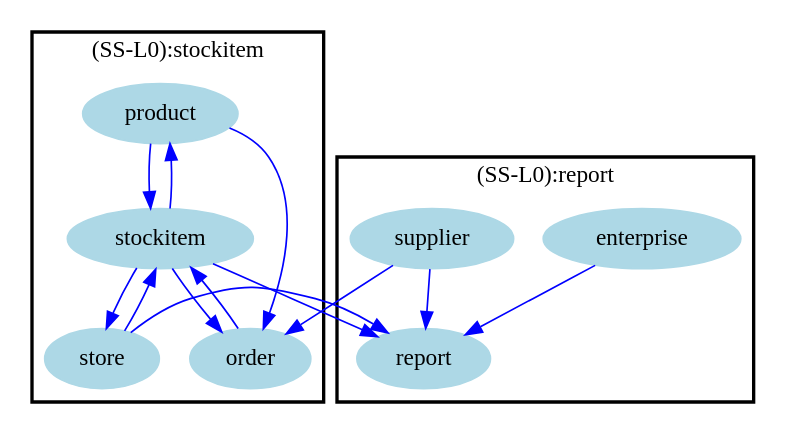
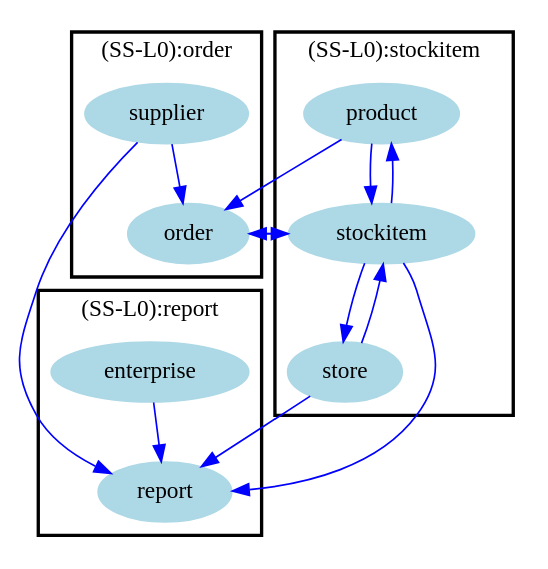
Before and after one commit to Benkler/BA: the diagram in Graph/DatenGraphActual.txt.dot, drawn with Graphviz. The commit also changed 8 other files, not shown here.

Commit message:
Bunch diagrams added

```diff
--- a/Graph/DatenGraphActual.txt.dot
+++ b/Graph/DatenGraphActual.txt.dot
@@ -1,40 +1,46 @@
 /* ------------------------------------------------------------ */
 /* created with bunch v3 */
-/* Objective Function value = 1.3949579831932772*/
+/* Objective Function value = 1.0*/
 /* ------------------------------------------------------------ */
 
 digraph G {
 size= "10,10";
 rotate = 0;
 subgraph cluster0 {
-label = "(SS-L0):stockitem";
+label = "(SS-L0):order";
 color = black;
 style = bold;
 
-"product"[label="product",shape=ellipse,color=lightblue,fontcolor=black,style=filled];
-"stockitem"[label="stockitem",shape=ellipse,color=lightblue,fontcolor=black,style=filled];
-"store"[label="store",shape=ellipse,color=lightblue,fontcolor=black,style=filled];
+"supplier"[label="supplier",shape=ellipse,color=lightblue,fontcolor=black,style=filled];
 "order"[label="order",shape=ellipse,color=lightblue,fontcolor=black,style=filled];
 }
 subgraph cluster1 {
 label = "(SS-L0):report";
 color = black;
 style = bold;
 
 "enterprise"[label="enterprise",shape=ellipse,color=lightblue,fontcolor=black,style=filled];
-"supplier"[label="supplier",shape=ellipse,color=lightblue,fontcolor=black,style=filled];
 "report"[label="report",shape=ellipse,color=lightblue,fontcolor=black,style=filled];
+}
+subgraph cluster2 {
+label = "(SS-L0):stockitem";
+color = black;
+style = bold;
+
+"product"[label="product",shape=ellipse,color=lightblue,fontcolor=black,style=filled];
+"stockitem"[label="stockitem",shape=ellipse,color=lightblue,fontcolor=black,style=filled];
+"store"[label="store",shape=ellipse,color=lightblue,fontcolor=black,style=filled];
 }
 "order" -> "stockitem" [color=blue,font=6];
 "store" -> "report" [color=blue,font=6];
 "store" -> "stockitem" [color=blue,font=6];
 "stockitem" -> "order" [color=blue,font=6];
 "stockitem" -> "report" [color=blue,font=6];
 "stockitem" -> "store" [color=blue,font=6];
 "stockitem" -> "product" [color=blue,font=6];
 "supplier" -> "order" [color=blue,font=6];
 "supplier" -> "report" [color=blue,font=6];
 "product" -> "order" [color=blue,font=6];
 "product" -> "stockitem" [color=blue,font=6];
 "enterprise" -> "report" [color=blue,font=6];
 }
```
